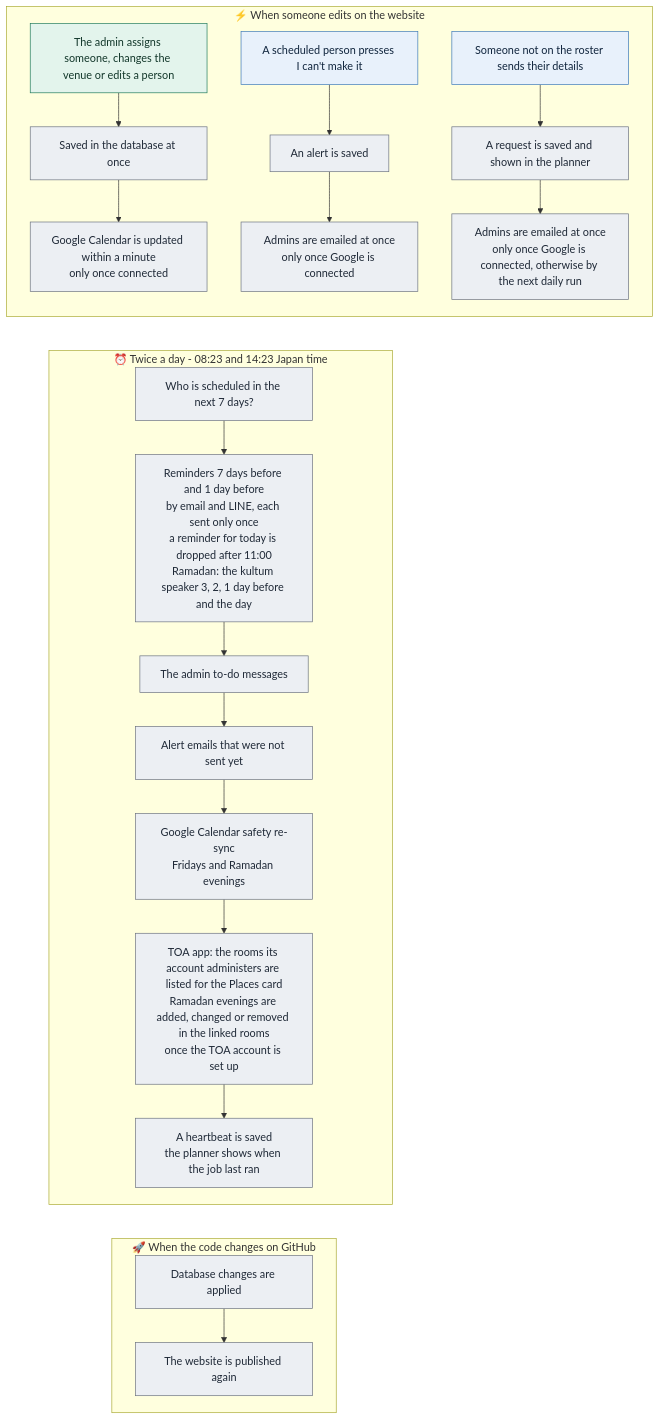
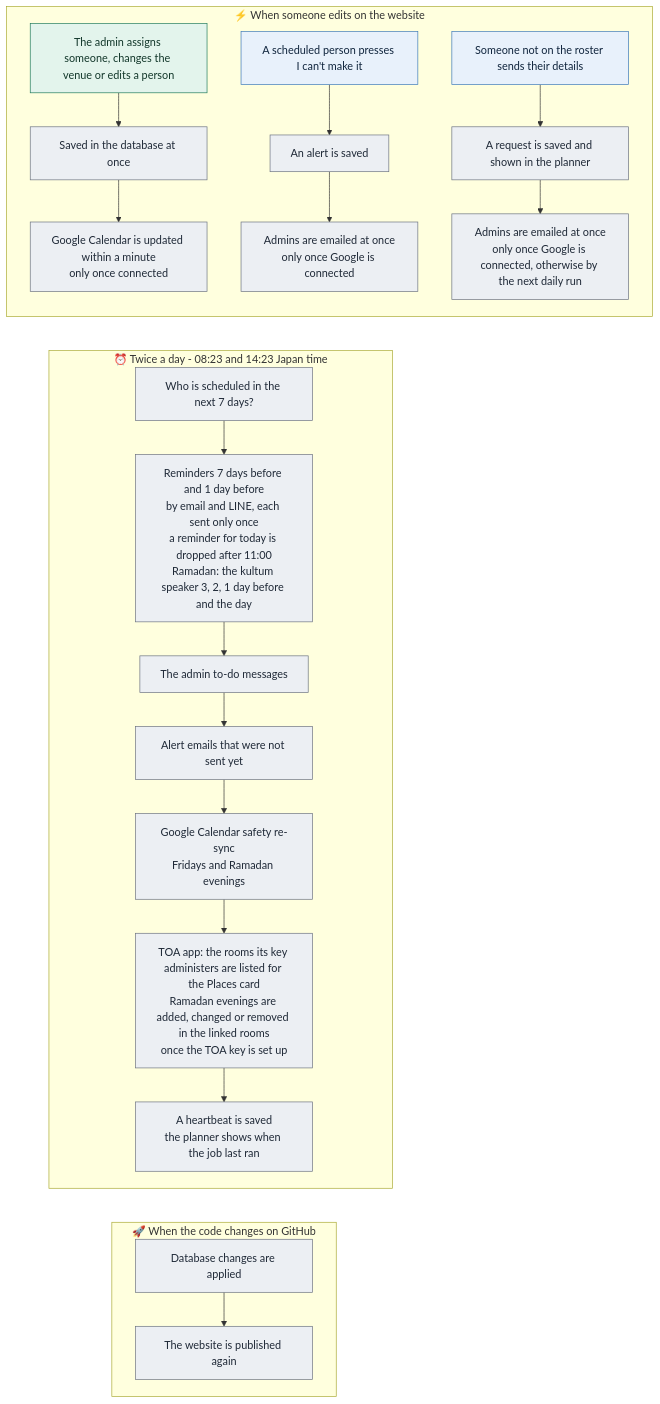
Before and after one commit to mushaffarasyidridha/Jumat-Scheduler-NAIST: the diagram in public/flows/automation.mmd, drawn with Mermaid. The commit also changed 14 other files, not shown here.

First line of the commit message:
TOA: use TOA's own scheduler API with an integration key

```diff
--- a/public/flows/automation.mmd
+++ b/public/flows/automation.mmd
@@ -1,33 +1,33 @@
 flowchart TD
   subgraph t1["⚡ When someone edits on the website"]
     E1["The admin assigns someone, changes the venue or edits a person"] --> E2["Saved in the database at once"]
     E2 --> E3["Google Calendar is updated within a minute<br/>only once connected"]
     U1["A scheduled person presses I can't make it"] --> U2["An alert is saved"]
     U2 --> U3["Admins are emailed at once<br/>only once Google is connected"]
     J1["Someone not on the roster sends their details"] --> J2["A request is saved and shown in the planner"]
     J2 --> J3["Admins are emailed at once<br/>only once Google is connected, otherwise by the next daily run"]
   end
 
   subgraph t2["⏰ Twice a day - 08:23 and 14:23 Japan time"]
     R1["Who is scheduled in the next 7 days?"] --> R2["Reminders 7 days before and 1 day before<br/>by email and LINE, each sent only once<br/>a reminder for today is dropped after 11:00<br/>Ramadan: the kultum speaker 3, 2, 1 day before and the day"]
     R2 --> R3["The admin to-do messages"]
     R3 --> R4["Alert emails that were not sent yet"]
     R4 --> R5["Google Calendar safety re-sync<br/>Fridays and Ramadan evenings"]
-    R5 --> R5b["TOA app: the rooms its account administers are listed for the Places card<br/>Ramadan evenings are added, changed or removed in the linked rooms<br/>once the TOA account is set up"]
+    R5 --> R5b["TOA app: the rooms its key administers are listed for the Places card<br/>Ramadan evenings are added, changed or removed in the linked rooms<br/>once the TOA key is set up"]
     R5b --> R6["A heartbeat is saved<br/>the planner shows when the job last ran"]
   end
 
   subgraph t3["🚀 When the code changes on GitHub"]
     D1["Database changes are applied"] --> D2["The website is published again"]
   end
 
   E3 ~~~ R1
   U3 ~~~ R1
   R6 ~~~ D1
 
   classDef admin fill:#e3f4ec,stroke:#1f7a5c,color:#12372a
   classDef robot fill:#eceff3,stroke:#6b7280,color:#1f2937
   classDef member fill:#e8f1fb,stroke:#3b78b8,color:#10253d
   class E1 admin
   class U1,J1 member
   class E2,E3,U2,U3,J2,J3,R1,R2,R3,R4,R5,R5b,R6,D1,D2 robot
```
